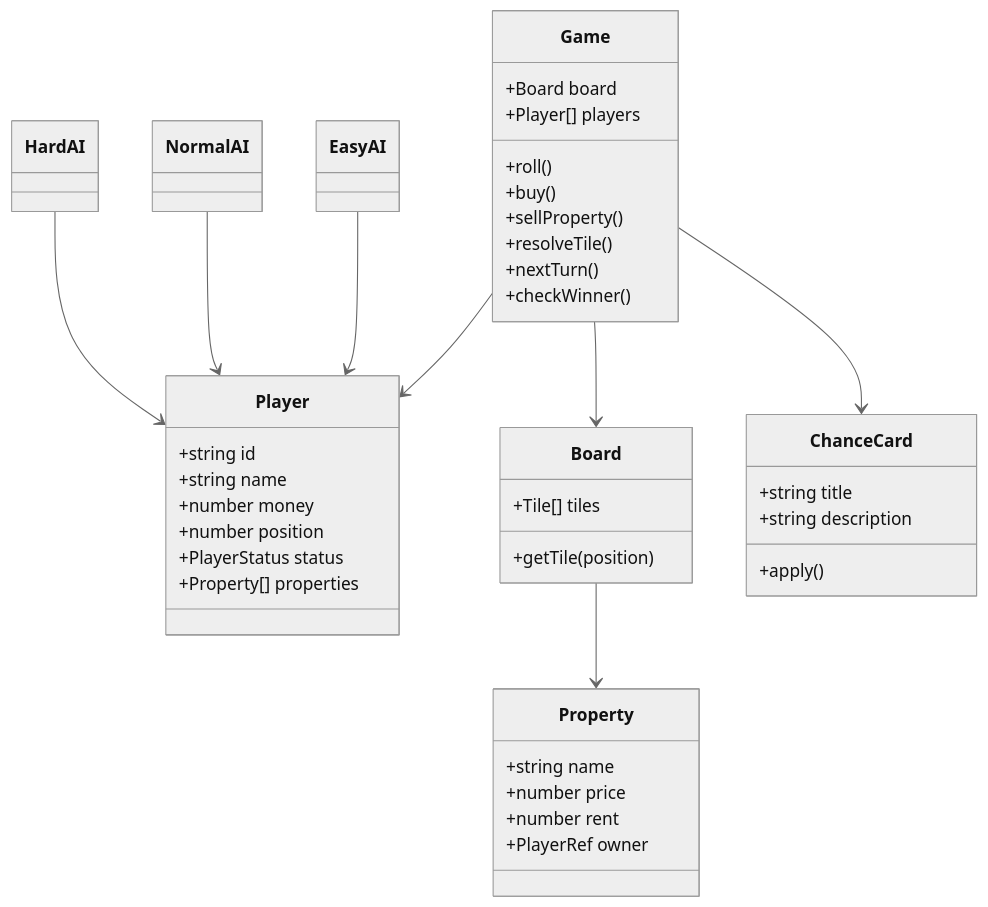
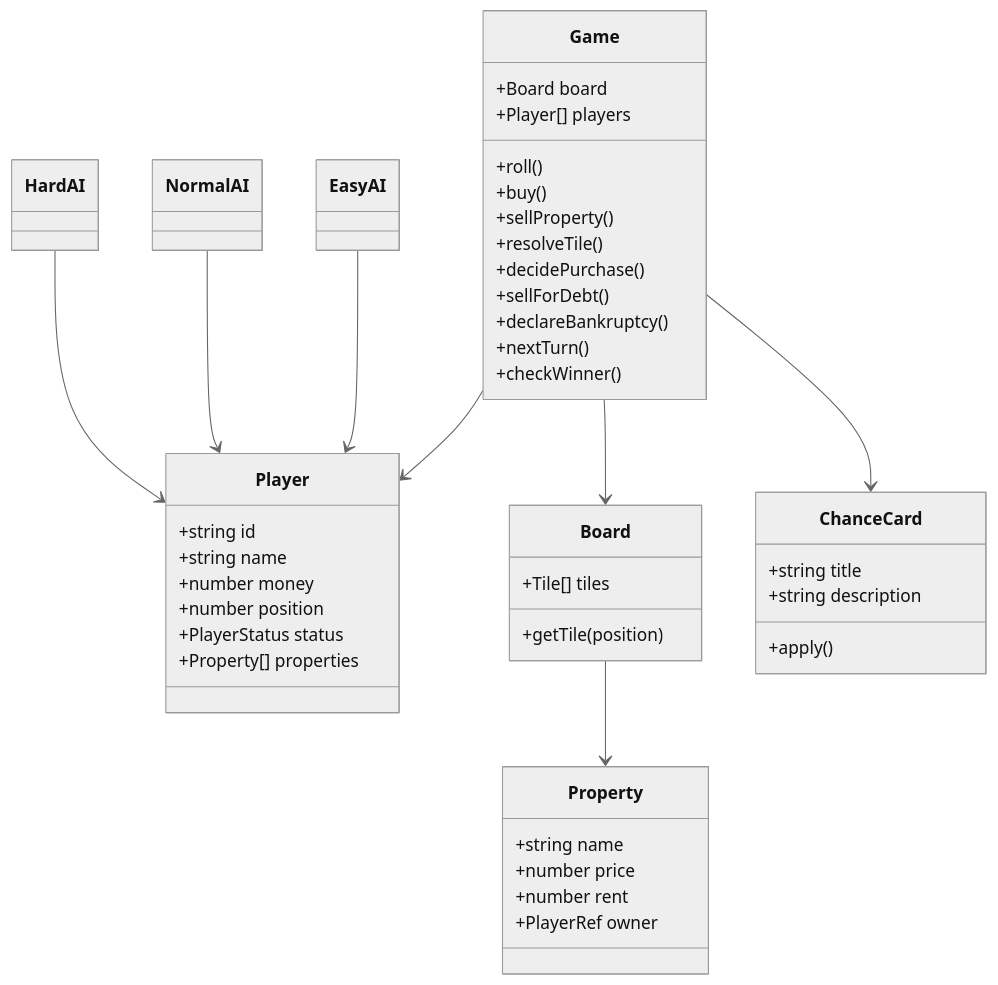
One commit to CNPNEWSEESON/MiniMonopoly changed the diagram in README.md. Above: the diagram before and after it, drawn with Mermaid (neutral theme). The commit also changed other lines of this file, not shown here.

````diff
--- a/README.md
+++ b/README.md
@@ -72,47 +76,50 @@
 ```mermaid
 classDiagram
     class Game {
       +Board board
       +Player[] players
       +roll()
       +buy()
       +sellProperty()
       +resolveTile()
+      +decidePurchase()
+      +sellForDebt()
+      +declareBankruptcy()
       +nextTurn()
       +checkWinner()
     }
     class Player {
       +string id
       +string name
       +number money
       +number position
       +PlayerStatus status
       +Property[] properties
     }
     class Board {
       +Tile[] tiles
       +getTile(position)
     }
     class Property {
       +string name
       +number price
       +number rent
       +PlayerRef owner
     }
     class ChanceCard {
       +string title
       +string description
       +apply()
     }
     class EasyAI
     class NormalAI
     class HardAI
 
     Game --> Board
     Game --> Player
     Board --> Property
     Game --> ChanceCard
     EasyAI --> Player
     NormalAI --> Player
     HardAI --> Player
 ```
````
